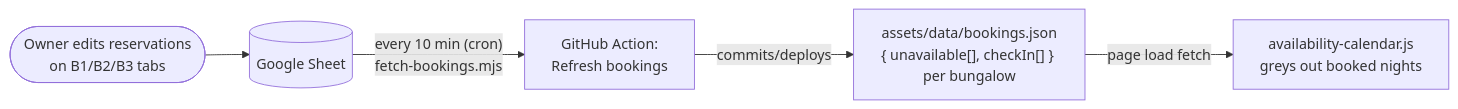
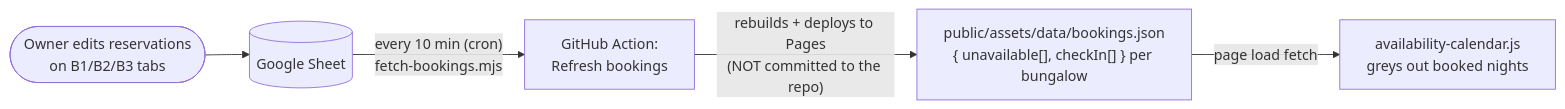
Before and after one commit to NoobCoder1209/vayana-bungalows: the seventh of 9 diagrams in docs/ARCHITECTURE.md, drawn with Mermaid. The commit also changed other lines of this file, not shown here.

First line of the commit message:
docs: fix ARCHITECTURE.md accuracy (review findings)

````diff
--- a/docs/ARCHITECTURE.md
+++ b/docs/ARCHITECTURE.md
@@ -230,7 +245,7 @@
 ```mermaid
 flowchart LR
     Owner([Owner edits reservations<br/>on B1/B2/B3 tabs]) --> Sheet[("Google Sheet")]
     Sheet -->|"every 10 min (cron)<br/>fetch-bookings.mjs"| Action["GitHub Action:<br/>Refresh bookings"]
-    Action -->|"commits/deploys"| JSON["assets/data/bookings.json<br/>{ unavailable[], checkIn[] } per bungalow"]
+    Action -->|"rebuilds + deploys to Pages<br/>(NOT committed to the repo)"| JSON["public/assets/data/bookings.json<br/>{ unavailable[], checkIn[] } per bungalow"]
     JSON -->|"page load fetch"| Cal["availability-calendar.js<br/>greys out booked nights"]
 ```
````
